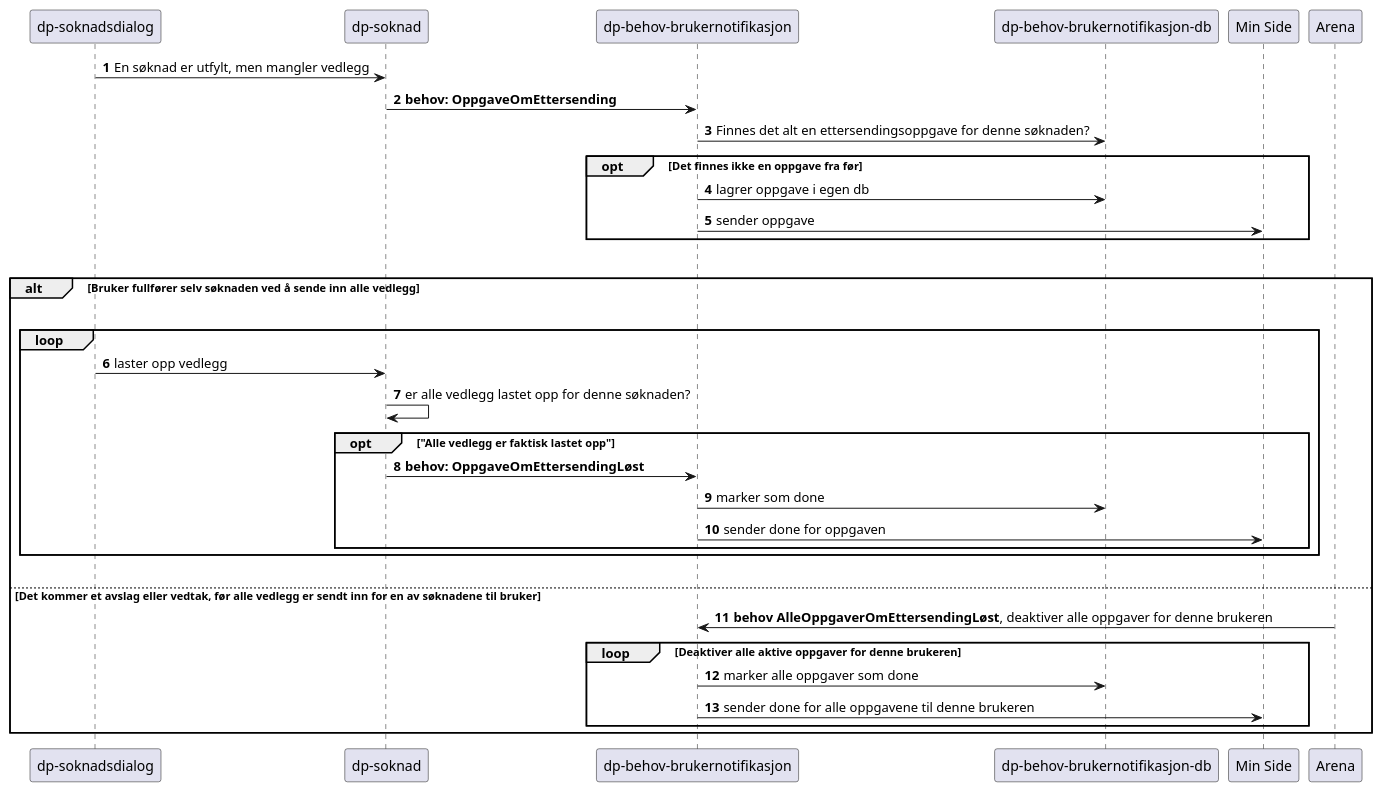
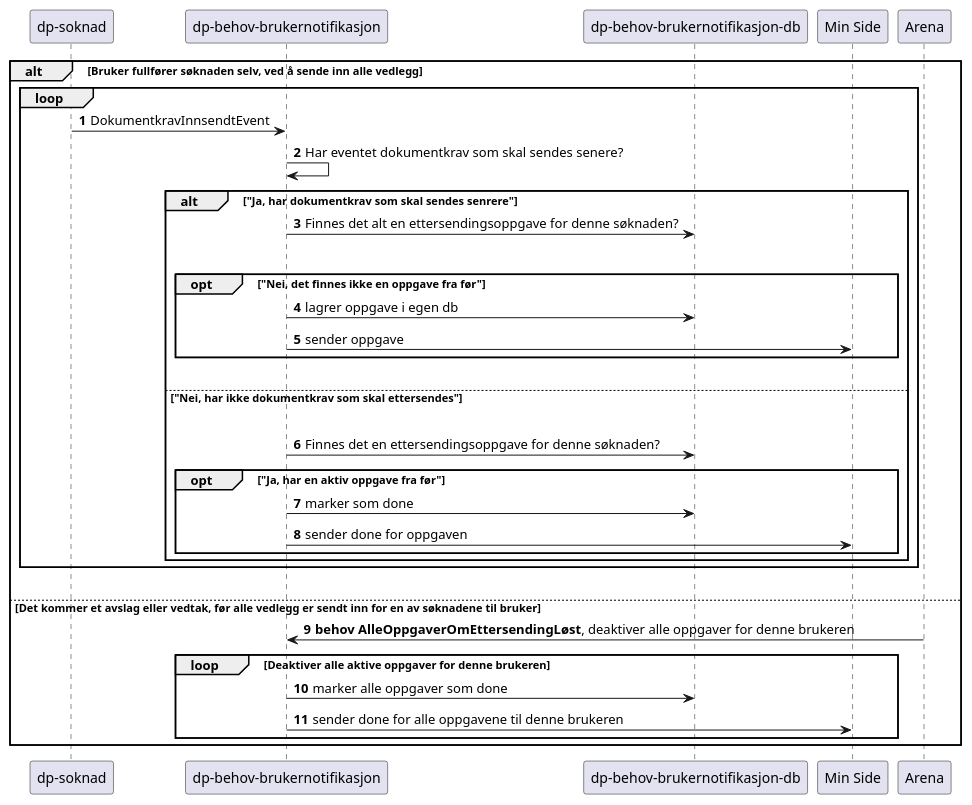
One commit to navikt/dp-varsel changed the diagram in docs/flytForOppgaveVedEttersending.puml. Above: the diagram before and after it, drawn with PlantUML. The commit also changed 8 other files, not shown here.

First line of the commit message:
Endret fra å besvare behov, til å heller lytte på DokumentkravInnsendtEvent-er

```diff
--- a/docs/flytForOppgaveVedEttersending.puml
+++ b/docs/flytForOppgaveVedEttersending.puml
@@ -1,34 +1,33 @@
 @startuml
 
 autonumber
-
-"dp-soknadsdialog" -> "dp-soknad": En søknad er utfylt, men mangler vedlegg
-"dp-soknad" -> "dp-behov-brukernotifikasjon": **behov: OppgaveOmEttersending**
-"dp-behov-brukernotifikasjon" -> "dp-behov-brukernotifikasjon-db": Finnes det alt en ettersendingsoppgave for denne søknaden?
-
-opt Det finnes ikke en oppgave fra før
-    "dp-behov-brukernotifikasjon" -> "dp-behov-brukernotifikasjon-db": lagrer oppgave i egen db
-    "dp-behov-brukernotifikasjon" -> "Min Side": sender oppgave
-end
-
-|||
-alt Bruker fullfører selv søknaden ved å sende inn alle vedlegg
-    |||
-    loop
-        "dp-soknadsdialog" -> "dp-soknad": laster opp vedlegg
-        "dp-soknad" -> "dp-soknad": er alle vedlegg lastet opp for denne søknaden?
-        opt "Alle vedlegg er faktisk lastet opp"
-            "dp-soknad" -> "dp-behov-brukernotifikasjon": **behov: OppgaveOmEttersendingLøst**
+alt Bruker fullfører søknaden selv, ved å sende inn alle vedlegg
+loop
+    "dp-soknad" -> "dp-behov-brukernotifikasjon": DokumentkravInnsendtEvent
+    "dp-behov-brukernotifikasjon" -> "dp-behov-brukernotifikasjon": Har eventet dokumentkrav som skal sendes senere?
+    alt "Ja, har dokumentkrav som skal sendes senrere"
+        "dp-behov-brukernotifikasjon" -> "dp-behov-brukernotifikasjon-db": Finnes det alt en ettersendingsoppgave for denne søknaden?
+        |||
+        opt "Nei, det finnes ikke en oppgave fra før"
+            "dp-behov-brukernotifikasjon" -> "dp-behov-brukernotifikasjon-db": lagrer oppgave i egen db
+            "dp-behov-brukernotifikasjon" -> "Min Side": sender oppgave
+        end
+        |||
+    else "Nei, har ikke dokumentkrav som skal ettersendes"
+        |||
+        "dp-behov-brukernotifikasjon" -> "dp-behov-brukernotifikasjon-db": Finnes det en ettersendingsoppgave for denne søknaden?
+        opt "Ja, har en aktiv oppgave fra før"
             "dp-behov-brukernotifikasjon" -> "dp-behov-brukernotifikasjon-db": marker som done
             "dp-behov-brukernotifikasjon" -> "Min Side": sender done for oppgaven
         end
     end
-    |||
+end
+|||
 else Det kommer et avslag eller vedtak, før alle vedlegg er sendt inn for en av søknadene til bruker
     "Arena" -> "dp-behov-brukernotifikasjon": **behov AlleOppgaverOmEttersendingLøst**, deaktiver alle oppgaver for denne brukeren
     loop Deaktiver alle aktive oppgaver for denne brukeren
         "dp-behov-brukernotifikasjon" -> "dp-behov-brukernotifikasjon-db": marker alle oppgaver som done
         "dp-behov-brukernotifikasjon" -> "Min Side": sender done for alle oppgavene til denne brukeren
     end
 end
 @enduml
```
